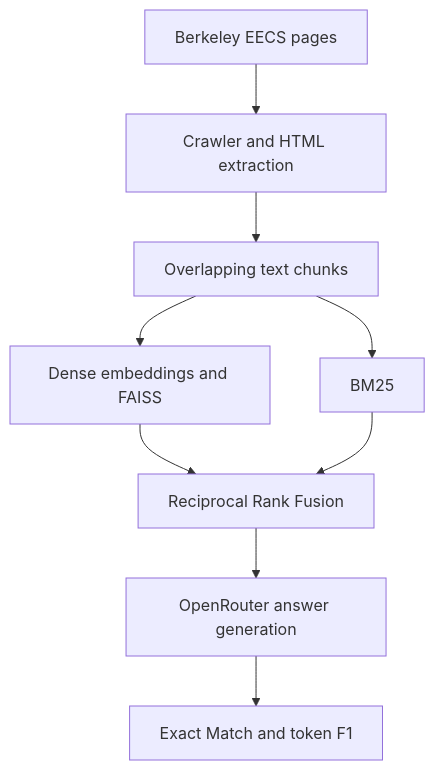
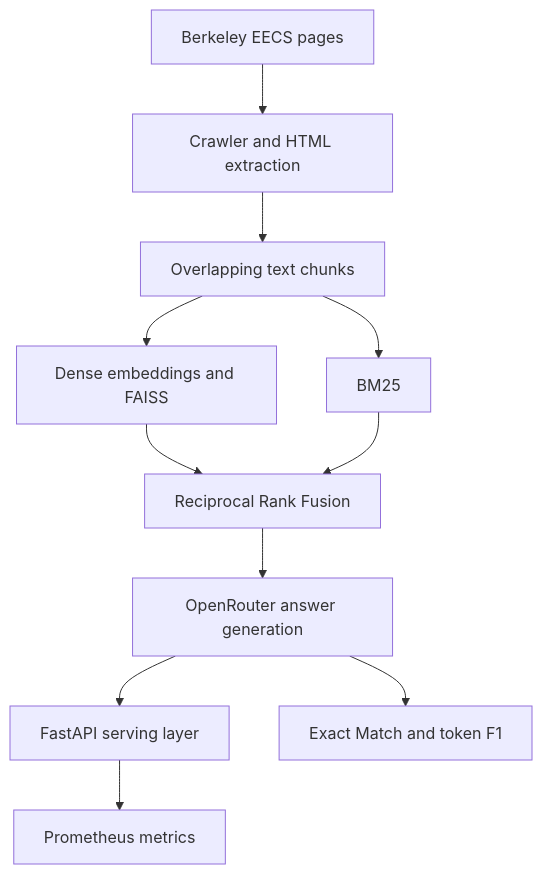
Before and after one commit to RishbhaJain/BuildYourOwnRAG: the diagram in README.md, drawn with Mermaid. The commit also changed other lines of this file and 16 other files, not shown here.

Commit message:
feat: add observable FastAPI RAG serving layer

````diff
--- a/README.md
+++ b/README.md
@@ -23,11 +37,13 @@
 ```mermaid
 flowchart TD
     A["Berkeley EECS pages"] --> B["Crawler and HTML extraction"]
     B --> C["Overlapping text chunks"]
     C --> D["Dense embeddings and FAISS"]
     C --> E["BM25"]
     D --> F["Reciprocal Rank Fusion"]
     E --> F
     F --> G["OpenRouter answer generation"]
-    G --> H["Exact Match and token F1"]
+    G --> H["FastAPI serving layer"]
+    H --> I["Prometheus metrics"]
+    G --> J["Exact Match and token F1"]
 ```
````
